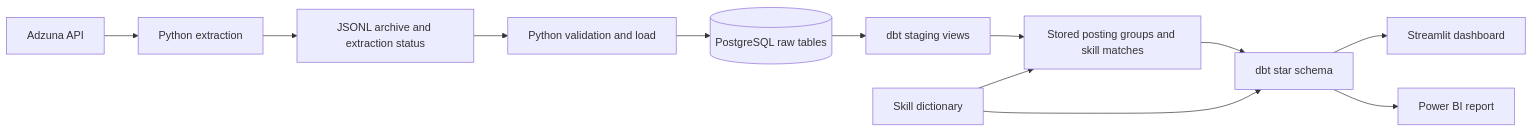
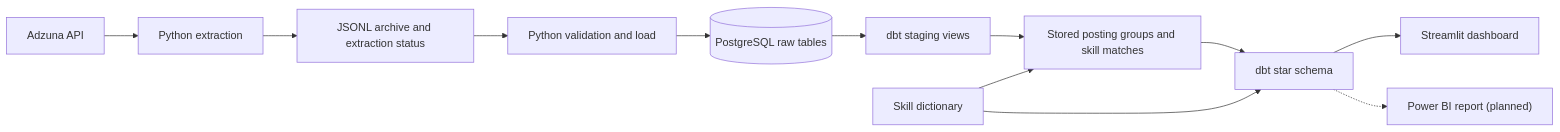
One commit to oonursoylu/job-market-data-pipeline changed the diagram in README.md. Above: the diagram before and after it, drawn with Mermaid. The commit also changed other lines of this file and 19 other files, not shown here.

First line of the commit message:
Add CI, star schema contracts, a freshness notice and total match counts

````diff
--- a/README.md
+++ b/README.md
@@ -37,14 +37,14 @@
 ```mermaid
 flowchart LR
     A[Adzuna API] --> B[Python extraction]
     B --> C[JSONL archive and extraction status]
     C --> D[Python validation and load]
     D --> E[(PostgreSQL raw tables)]
     E --> F[dbt staging views]
     F --> G[Stored posting groups and skill matches]
     S[Skill dictionary] --> G
     G --> H[dbt star schema]
     S --> H
     H --> I[Streamlit dashboard]
-    H --> P[Power BI report]
+    H -.-> P["Power BI report (planned)"]
 ```
````
